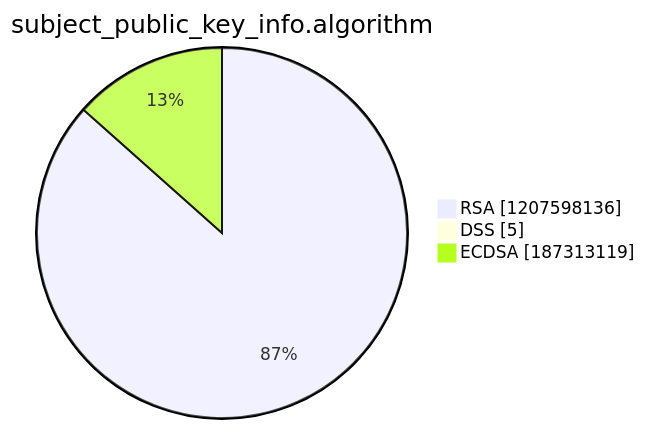
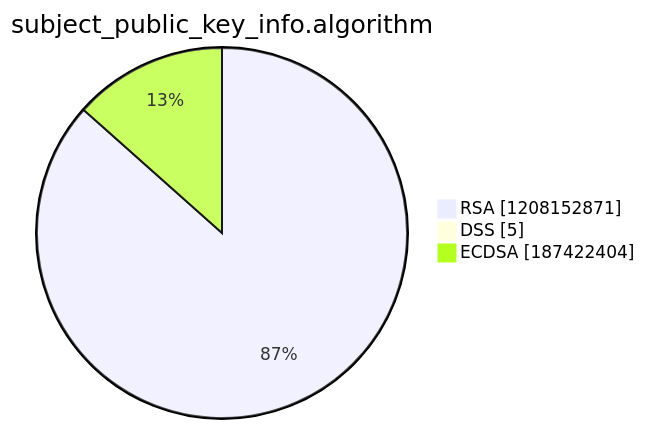
Before and after one commit to christiankrug/ctmonitor_visualization: the third of 15 diagrams in argon2022/README.md, drawn with Mermaid. The commit also changed other lines of this file, not shown here.

````diff
--- a/argon2022/README.md
+++ b/argon2022/README.md
@@ -14,7 +14,7 @@
 ```mermaid
 pie showData
 title subject_public_key_info.algorithm
-"RSA" :1207598136
+"RSA" :1208152871
 "DSS" :5
-"ECDSA" :187313119
+"ECDSA" :187422404
 ```
````
